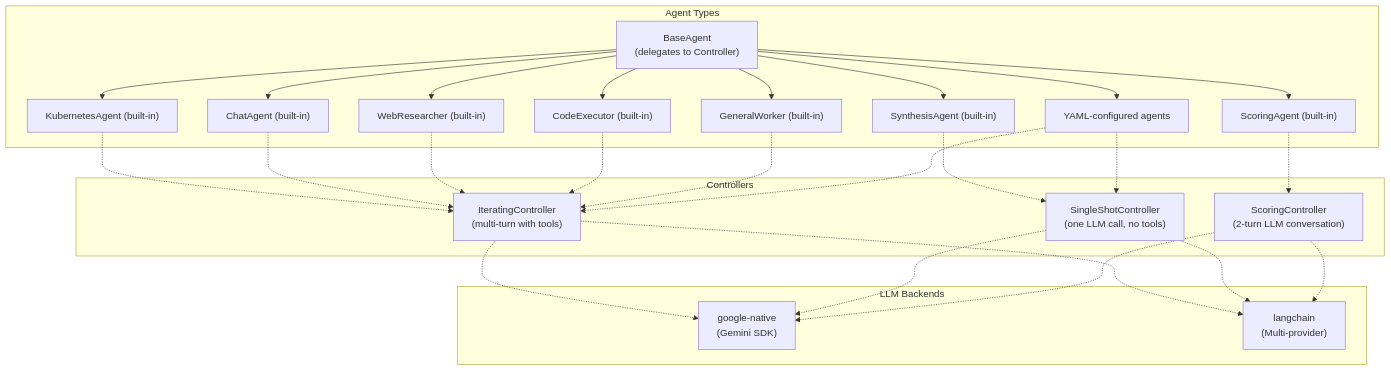
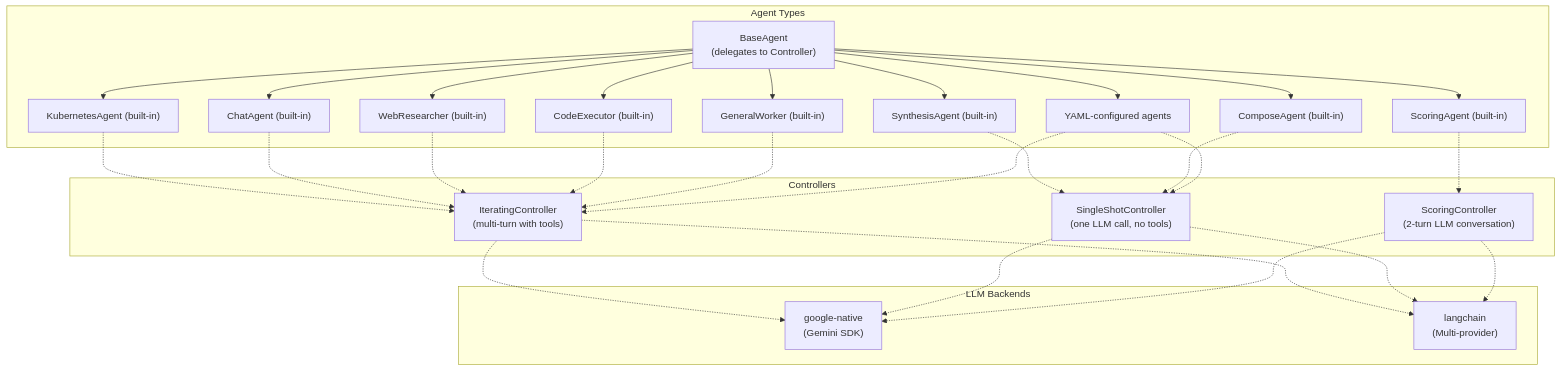
Before and after one commit to codeready-toolchain/tarsy: the fourth of 10 diagrams in docs/functional-areas-design.md, drawn with Mermaid. The commit also changed other lines of this file and 6 other files, not shown here.

````diff
--- a/docs/functional-areas-design.md
+++ b/docs/functional-areas-design.md
@@ -377,51 +380,54 @@
 ```mermaid
 graph TB
     subgraph agentTypes [Agent Types]
         BA["BaseAgent<br/>(delegates to Controller)"]
         KA["KubernetesAgent (built-in)"]
         SA["SynthesisAgent (built-in)"]
+        CoA["ComposeAgent (built-in)"]
         CA["ChatAgent (built-in)"]
         WR["WebResearcher (built-in)"]
         CE["CodeExecutor (built-in)"]
         GW["GeneralWorker (built-in)"]
         ScA["ScoringAgent (built-in)"]
         YA["YAML-configured agents"]
     end
 
     subgraph controllers [Controllers]
         FC["IteratingController<br/>(multi-turn with tools)"]
         SC["SingleShotController<br/>(one LLM call, no tools)"]
         SCC["ScoringController<br/>(2-turn LLM conversation)"]
     end
 
     subgraph backends [LLM Backends]
         GN["google-native<br/>(Gemini SDK)"]
         LC["langchain<br/>(Multi-provider)"]
     end
 
     BA --> KA
     BA --> SA
+    BA --> CoA
     BA --> CA
     BA --> WR
     BA --> CE
     BA --> GW
     BA --> ScA
     BA --> YA
 
     KA -.-> FC
     CA -.-> FC
     WR -.-> FC
     CE -.-> FC
     GW -.-> FC
     SA -.-> SC
+    CoA -.-> SC
     ScA -.-> SCC
     YA -.-> FC
     YA -.-> SC
 
     FC -.-> GN
     FC -.-> LC
     SC -.-> GN
     SC -.-> LC
     SCC -.-> GN
     SCC -.-> LC
 ```
````
